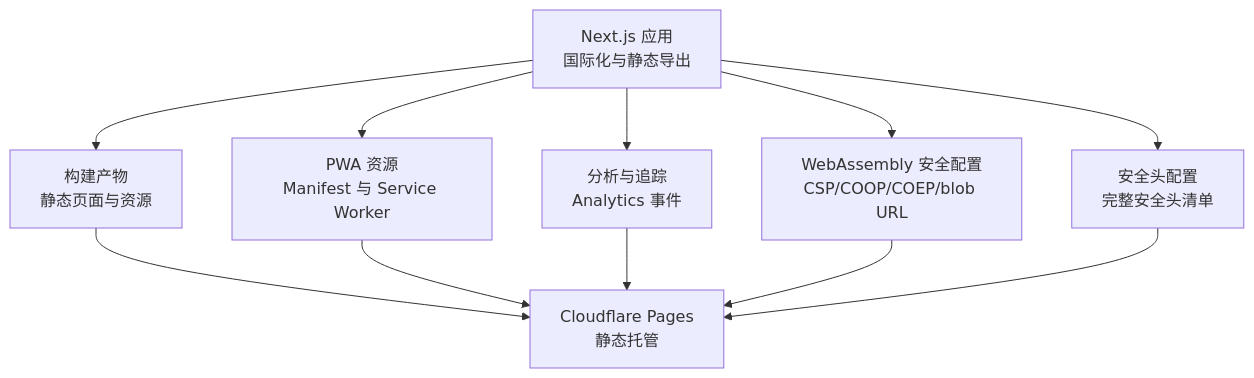
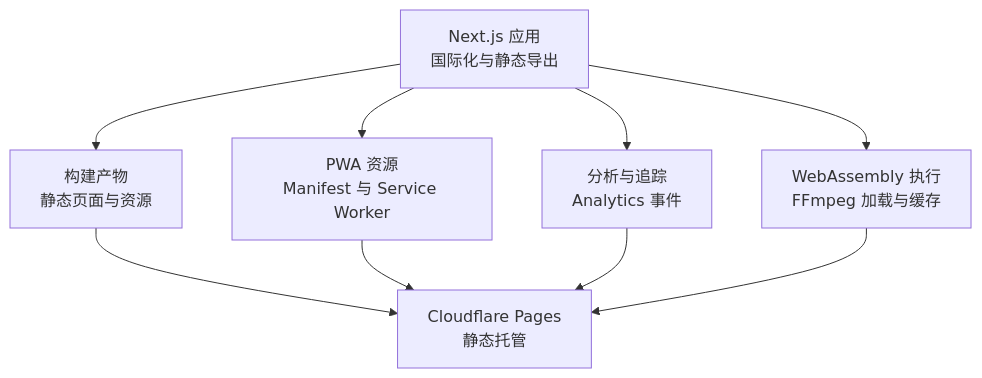
Before and after one commit to sgyy/privadeck: the first of 8 diagrams in .qoder/repowiki/zh/content/部署与维护.md, drawn with Mermaid. The commit also changed other lines of this file and 23 other files, not shown here.

````diff
--- a/.qoder/repowiki/zh/content/部署与维护.md
+++ b/.qoder/repowiki/zh/content/部署与维护.md
@@ -54,13 +41,11 @@
 ```mermaid
 graph TB
 A["Next.js 应用<br/>国际化与静态导出"] --> B["构建产物<br/>静态页面与资源"]
 B --> C["Cloudflare Pages<br/>静态托管"]
 A --> D["PWA 资源<br/>Manifest 与 Service Worker"]
 D --> C
 A --> E["分析与追踪<br/>Analytics 事件"]
 E --> C
-A --> F["WebAssembly 安全配置<br/>CSP/COOP/COEP/blob URL"]
+A --> F["WebAssembly 执行<br/>FFmpeg 加载与缓存"]
 F --> C
-A --> G["安全头配置<br/>完整安全头清单"]
-G --> C
 ```
````
